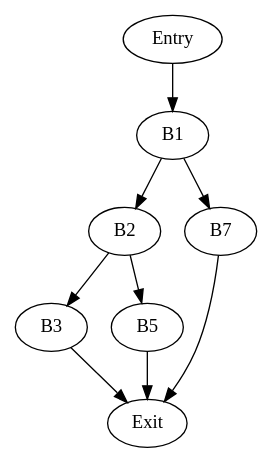
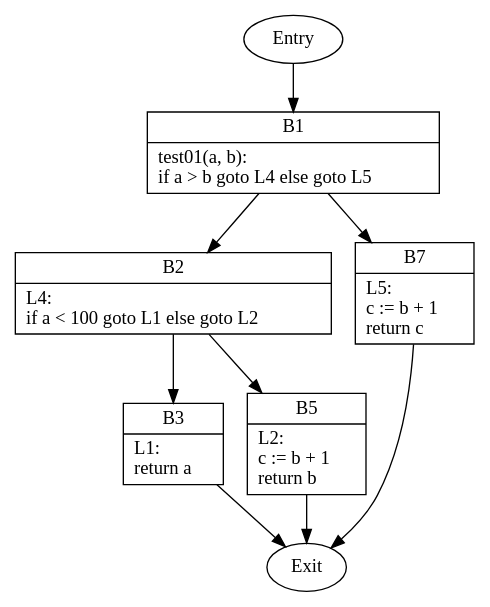
One commit to aprell/compiler-potpourri changed the diagram in control_flow/analysis/examples/test01_cfg.dot. Above: the diagram before and after it, drawn with Graphviz. The commit also changed 21 other files, not shown here.

```diff
--- a/control_flow/analysis/examples/test01_cfg.dot
+++ b/control_flow/analysis/examples/test01_cfg.dot
@@ -1,10 +1,15 @@
 digraph CFG {
+    B1 [shape=record label="{B1|test01(a, b):\lif a \> b goto L4 else goto L5\l}"];
+    B2 [shape=record label="{B2|L4:\lif a \< 100 goto L1 else goto L2\l}"];
+    B3 [shape=record label="{B3|L1:\lreturn a\l}"];
+    B5 [shape=record label="{B5|L2:\lc := b + 1\lreturn b\l}"];
+    B7 [shape=record label="{B7|L5:\lc := b + 1\lreturn c\l}"];
     Entry -> B1;
     B1 -> B2;
     B1 -> B7;
     B2 -> B3;
     B2 -> B5;
     B3 -> Exit;
     B5 -> Exit;
     B7 -> Exit;
 }
```
